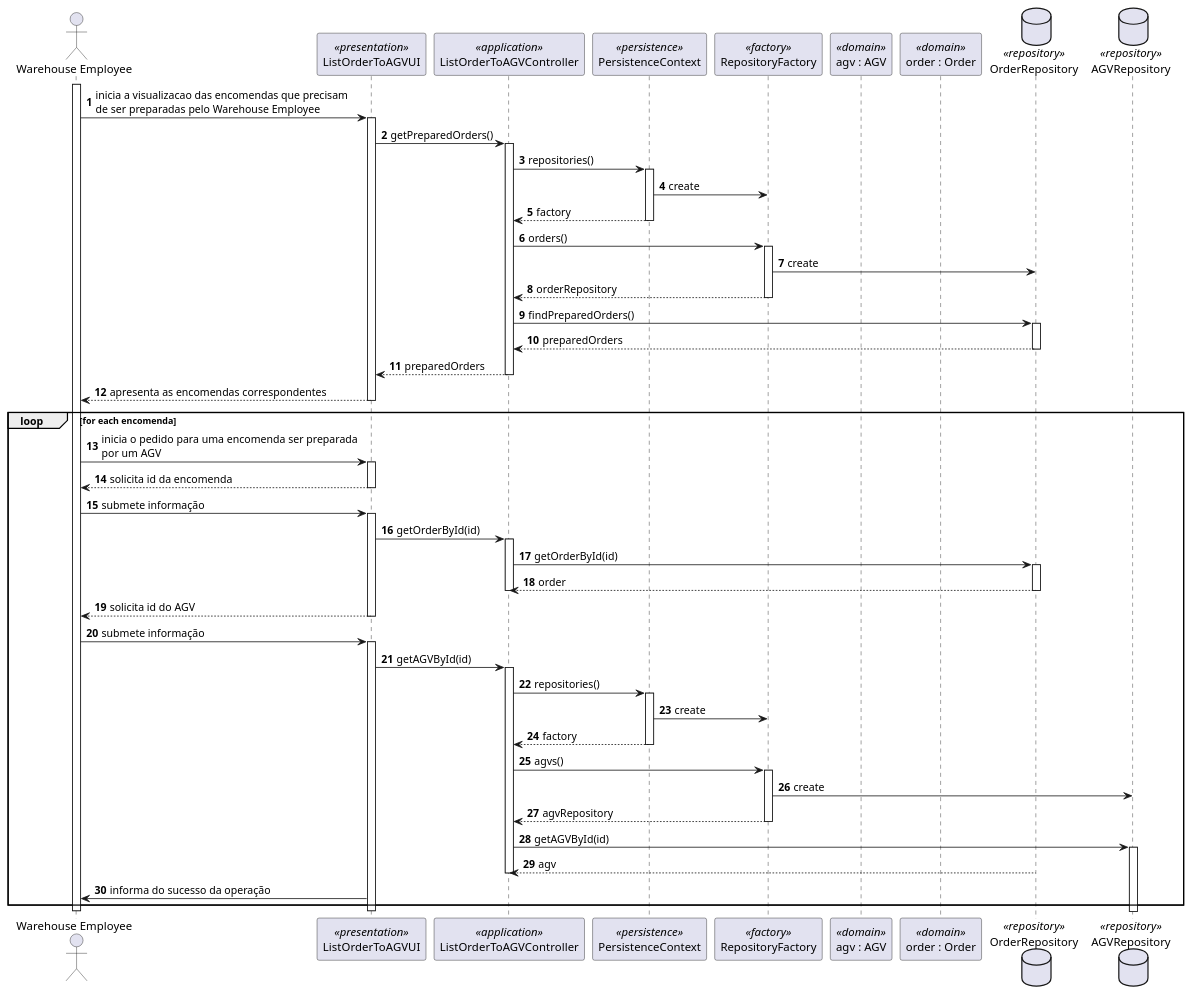
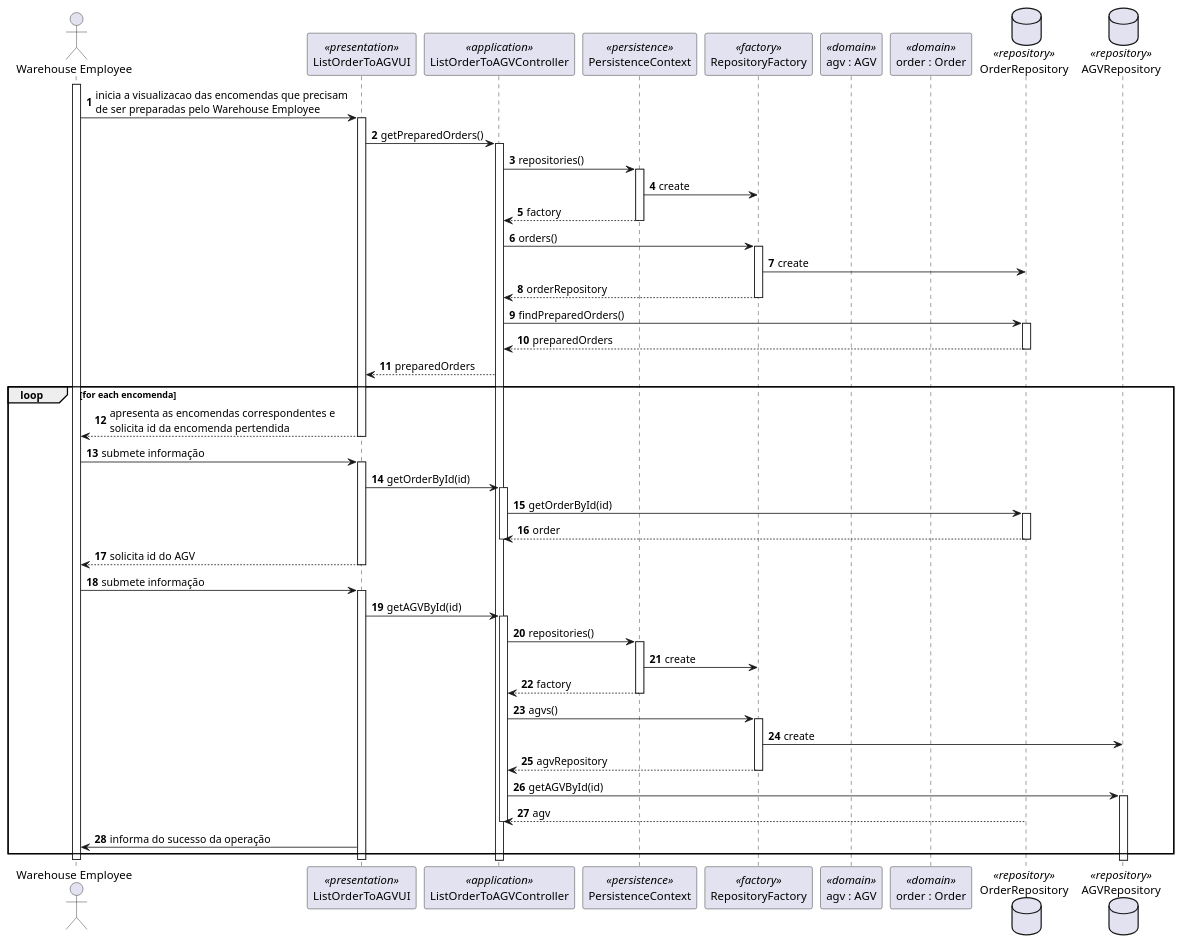
The diagram in Documentação/1190679/US2003/2003_SD.puml (1190772/LAB-Project-4), drawn with PlantUML before and after one commit. The commit also changed 1 other file, not shown here.

```diff
--- a/Documentação/1190679/US2003/2003_SD.puml
+++ b/Documentação/1190679/US2003/2003_SD.puml
@@ -1,77 +1,72 @@
 @startuml
 autonumber
 actor "Warehouse Employee" as WE
 participant "ListOrderToAGVUI" as UI <<presentation>>
 participant "ListOrderToAGVController" as CTRL <<application>>
 participant PersistenceContext as PER <<persistence>>
 participant "RepositoryFactory" as REPOFACT <<factory>>
 participant "agv : AGV" as AGV <<domain>>
 participant "order : Order" as ORDER <<domain>>
 database "OrderRepository" as orderREPO <<repository>>
 database "AGVRepository" as agvREPO <<repository>>
 
 
 
 activate WE
 WE -> UI : inicia a visualizacao das encomendas que precisam\nde ser preparadas pelo Warehouse Employee
 activate UI
 UI -> CTRL : getPreparedOrders()
 activate CTRL
 CTRL -> PER : repositories()
 activate PER
 PER -> REPOFACT : create
 PER --> CTRL : factory
 deactivate PER
 CTRL -> REPOFACT : orders()
 activate REPOFACT
 REPOFACT -> orderREPO : create
 REPOFACT --> CTRL : orderRepository
 deactivate REPOFACT
 CTRL -> orderREPO : findPreparedOrders()
 activate orderREPO
 orderREPO --> CTRL : preparedOrders
 deactivate orderREPO
 CTRL --> UI : preparedOrders
-deactivate CTRL
-UI --> WE : apresenta as encomendas correspondentes
-deactivate UI
 loop for each encomenda
-WE -> UI : inicia o pedido para uma encomenda ser preparada\npor um AGV
-activate UI
-UI --> WE : solicita id da encomenda
+UI --> WE : apresenta as encomendas correspondentes e\nsolicita id da encomenda pertendida
 deactivate UI
 WE -> UI : submete informação
 activate UI
 UI -> CTRL : getOrderById(id)
 activate CTRL
 CTRL -> orderREPO : getOrderById(id)
 activate orderREPO
 orderREPO --> CTRL : order
 deactivate orderREPO
 deactivate CTRL
 UI --> WE : solicita id do AGV
 deactivate UI
 WE -> UI : submete informação
 activate UI
 UI -> CTRL : getAGVById(id)
 activate CTRL
 CTRL -> PER : repositories()
 activate PER
 PER -> REPOFACT : create
 PER --> CTRL : factory
 deactivate PER
 CTRL -> REPOFACT : agvs()
 activate REPOFACT
 REPOFACT -> agvREPO : create
 REPOFACT --> CTRL : agvRepository
 deactivate REPOFACT
 CTRL -> agvREPO : getAGVById(id)
 activate agvREPO
 orderREPO --> CTRL : agv
 deactivate CTRL
 UI -> WE : informa do sucesso da operação
 end
 deactivate UI
 deactivate WE
 
 @enduml
```
